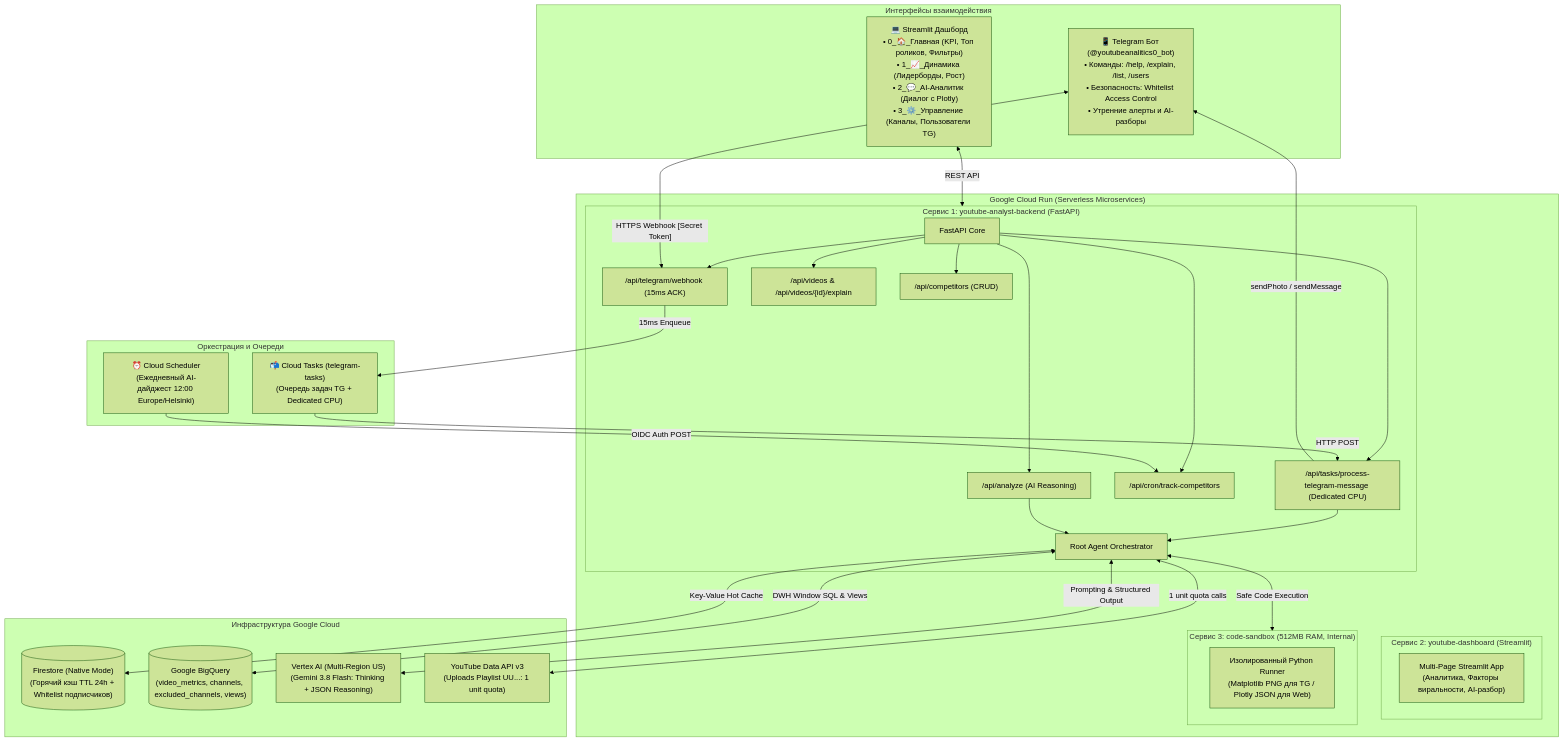
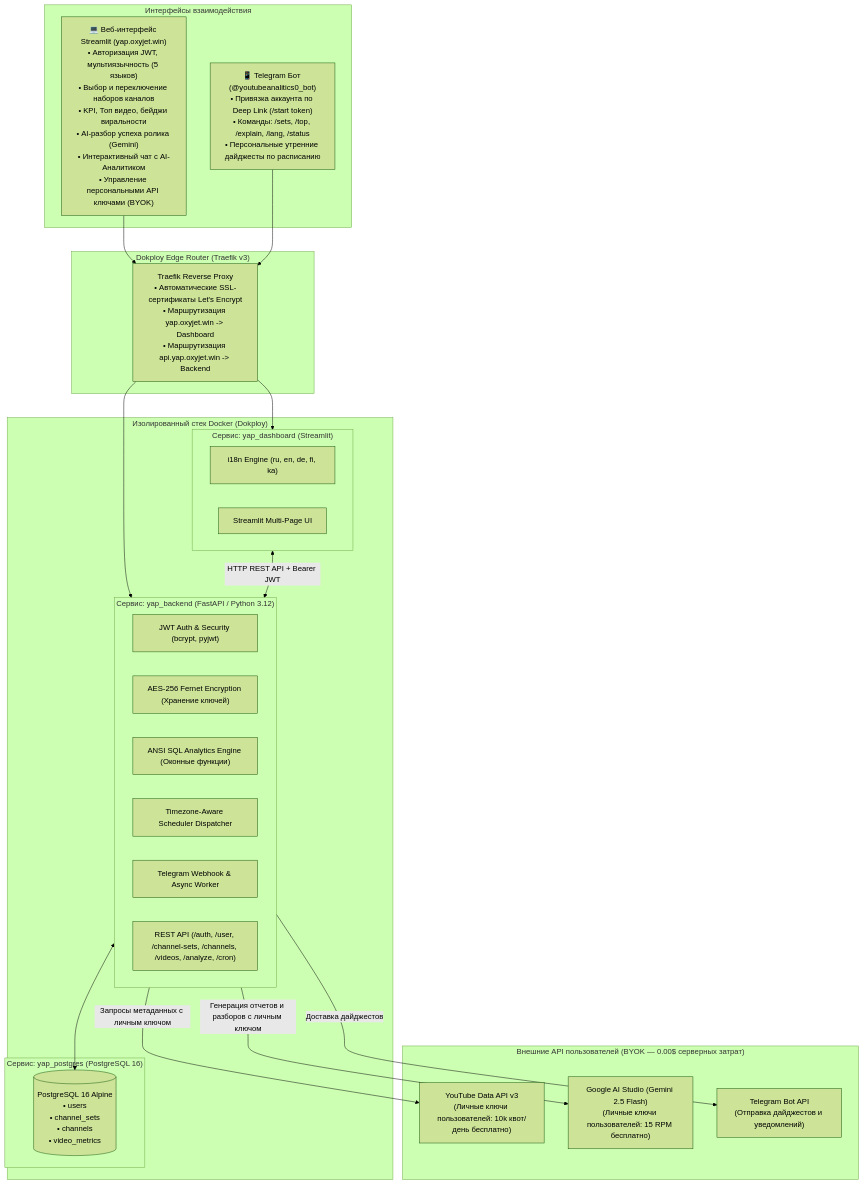
The diagram in README.md (googyaipro/youtube_analitics_platform_v2), drawn with Mermaid (forest theme) before and after one commit. The commit also changed other lines of this file, not shown here.

Commit message:
docs: rewrite README.md reflecting multi-user BYOK Docker Dokploy architecture

````diff
--- a/README.md
+++ b/README.md
@@ -9,56 +13,49 @@
 ```mermaid
 flowchart TD
     subgraph Clients ["Интерфейсы взаимодействия"]
-        TG["📱 Telegram Бот (@youtubeanalitics0_bot)\n• Команды: /help, /explain, /list, /users\n• Безопасность: Whitelist Access Control\n• Утренние алерты и AI-разборы"]
-        Web["💻 Streamlit Дашборд\n• 0_🏠_Главная (KPI, Топ роликов, Фильтры)\n• 1_📈_Динамика (Лидерборды, Рост)\n• 2_💬_AI-Аналитик (Диалог с Plotly)\n• 3_⚙️_Управление (Каналы, Пользователи TG)"]
+        Web["💻 Веб-интерфейс Streamlit (yap.oxyjet.win)\n• Авторизация JWT, мультиязычность (5 языков)\n• Выбор и переключение наборов каналов\n• KPI, Топ видео, бейджи виральности\n• AI-разбор успеха ролика (Gemini)\n• Интерактивный чат с AI-Аналитиком\n• Управление персональными API ключами (BYOK)"]
+        TG["📱 Telegram Бот (@youtubeanalitics0_bot)\n• Привязка аккаунта по Deep Link (/start token)\n• Команды: /sets, /top, /explain, /lang, /status\n• Персональные утренние дайджесты по расписанию"]
     end
 
-    subgraph Trigger ["Оркестрация и Очереди"]
-        Cron["⏰ Cloud Scheduler\n(Ежедневный AI-дайджест 12:00 Europe/Helsinki)"]
-        CT["📬 Cloud Tasks (telegram-tasks)\n(Очередь задач TG + Dedicated CPU)"]
+    subgraph TraefikProxy ["Dokploy Edge Router (Traefik v3)"]
+        Router["Traefik Reverse Proxy\n• Автоматические SSL-сертификаты Let's Encrypt\n• Маршрутизация yap.oxyjet.win -> Dashboard\n• Маршрутизация api.yap.oxyjet.win -> Backend"]
     end
 
-    subgraph CloudRun ["Google Cloud Run (Serverless Microservices)"]
-        subgraph SvcBackend ["Сервис 1: youtube-analyst-backend (FastAPI)"]
-            FastAPI["FastAPI Core"]
-            Hook["/api/telegram/webhook (15ms ACK)"]
-            TaskWorker["/api/tasks/process-telegram-message (Dedicated CPU)"]
-            CronRoute["/api/cron/track-competitors"]
-            APIVideos["/api/videos & /api/videos/{id}/explain"]
-            APIAnalyze["/api/analyze (AI Reasoning)"]
-            APIComp["/api/competitors (CRUD)"]
-            Orchestrator["Root Agent Orchestrator"]
-            
-            FastAPI --> Hook & TaskWorker & CronRoute & APIVideos & APIAnalyze & APIComp
-            Hook -->|15ms Enqueue| CT
-            CT -->|HTTP POST| TaskWorker
-            TaskWorker & APIAnalyze --> Orchestrator
+    subgraph DockerCompose ["Изолированный стек Docker (Dokploy)"]
+        subgraph SvcBackend ["Сервис: yap_backend (FastAPI / Python 3.12)"]
+            Auth["JWT Auth & Security (bcrypt, pyjwt)"]
+            BYOK["AES-256 Fernet Encryption (Хранение ключей)"]
+            Analytics["ANSI SQL Analytics Engine (Оконные функции)"]
+            Dispatcher["Timezone-Aware Scheduler Dispatcher"]
+            TGBot["Telegram Webhook & Async Worker"]
+            APIEndpoints["REST API (/auth, /user, /channel-sets, /channels, /videos, /analyze, /cron)"]
         end
 
-        subgraph SvcDashboard ["Сервис 2: youtube-dashboard (Streamlit)"]
-            StreamlitApp["Multi-Page Streamlit App\n(Аналитика, Факторы виральности, AI-разбор)"]
+        subgraph SvcDashboard ["Сервис: yap_dashboard (Streamlit)"]
+            I18n["i18n Engine (ru, en, de, fi, ka)"]
+            UI["Streamlit Multi-Page UI"]
         end
 
-        subgraph SvcSandbox ["Сервис 3: code-sandbox (512MB RAM, Internal)"]
-            Runner["Изолированный Python Runner\n(Matplotlib PNG для TG / Plotly JSON для Web)"]
+        subgraph SvcDB ["Сервис: yap_postgres (PostgreSQL 16)"]
+            PG[("PostgreSQL 16 Alpine\n• users\n• channel_sets\n• channels\n• video_metrics")]
         end
     end
 
-    subgraph GoogleCloud ["Инфраструктура Google Cloud"]
-        FS[("Firestore (Native Mode)\n(Горячий кэш TTL 24h + Whitelist подписчиков)")]
-        BQ[("Google BigQuery\n(video_metrics, channels, excluded_channels, views)")]
-        Vertex["Vertex AI (Multi-Region US)\n(Gemini 3.8 Flash: Thinking + JSON Reasoning)"]
-        YT["YouTube Data API v3\n(Uploads Playlist UU...: 1 unit quota)"]
+    subgraph ExternalBYOK ["Внешние API пользователей (BYOK — 0.00$ серверных затрат)"]
+        YT_API["YouTube Data API v3\n(Личные ключи пользователей: 10k квот/день бесплатно)"]
+        AI_Studio["Google AI Studio (Gemini 2.5 Flash)\n(Личные ключи пользователей: 15 RPM бесплатно)"]
+        TG_API["Telegram Bot API\n(Отправка дайджестов и уведомлений)"]
     end
 
-    TG <-- "HTTPS Webhook [Secret Token]" --> Hook
-    TaskWorker -->|"sendPhoto / sendMessage"| TG
-    Web <-- "REST API" --> SvcBackend
-    Cron -->|"OIDC Auth POST"| CronRoute
-    
-    Orchestrator <-- "Prompting & Structured Output" --> Vertex
-    Orchestrator <-- "Key-Value Hot Cache" --> FS
-    Orchestrator <-- "DWH Window SQL & Views" --> BQ
-    Orchestrator <-- "1 unit quota calls" --> YT
-    Orchestrator <-- "Safe Code Execution" --> SvcSandbox
+    Web --> Router
+    TG --> Router
+    Router --> SvcDashboard
+    Router --> SvcBackend
+
+    SvcDashboard <-- "HTTP REST API + Bearer JWT" --> SvcBackend
+    SvcBackend <--> PG
+
+    SvcBackend -->|"Запросы метаданных с личным ключом"| YT_API
+    SvcBackend -->|"Генерация отчетов и разборов с личным ключом"| AI_Studio
+    SvcBackend -->|"Доставка дайджестов"| TG_API
 ```
````
